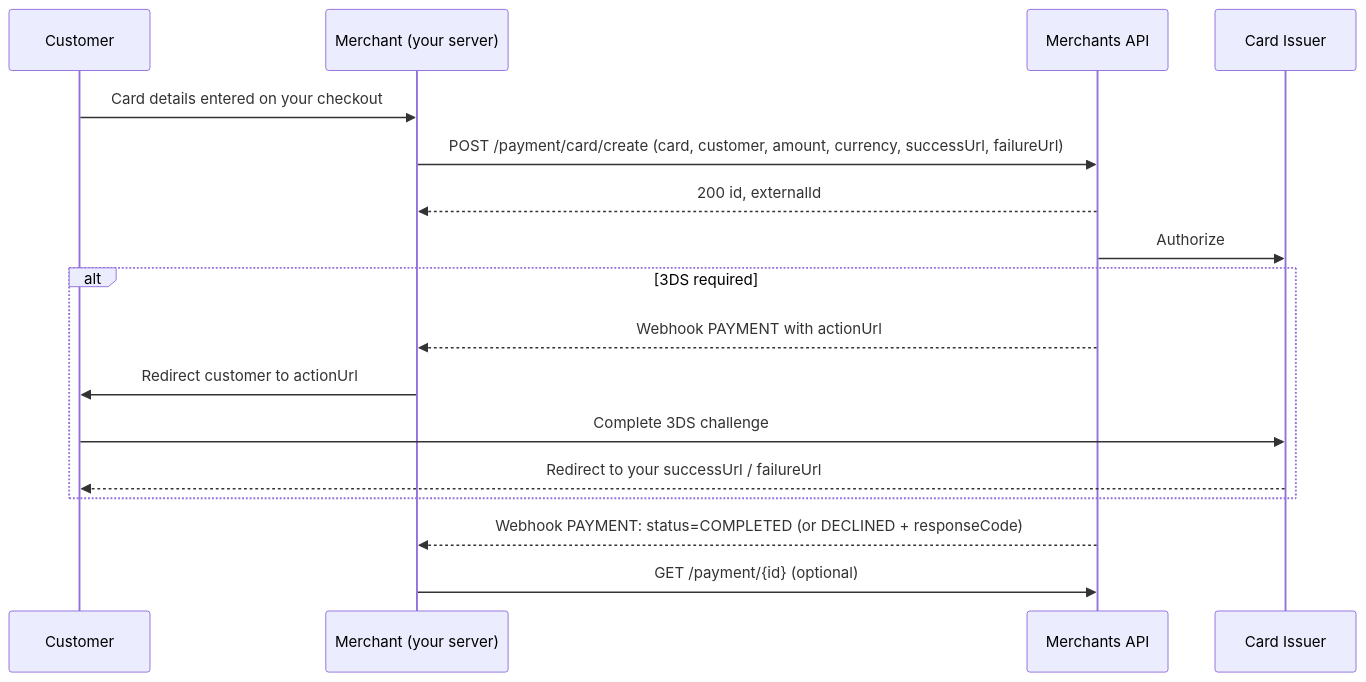
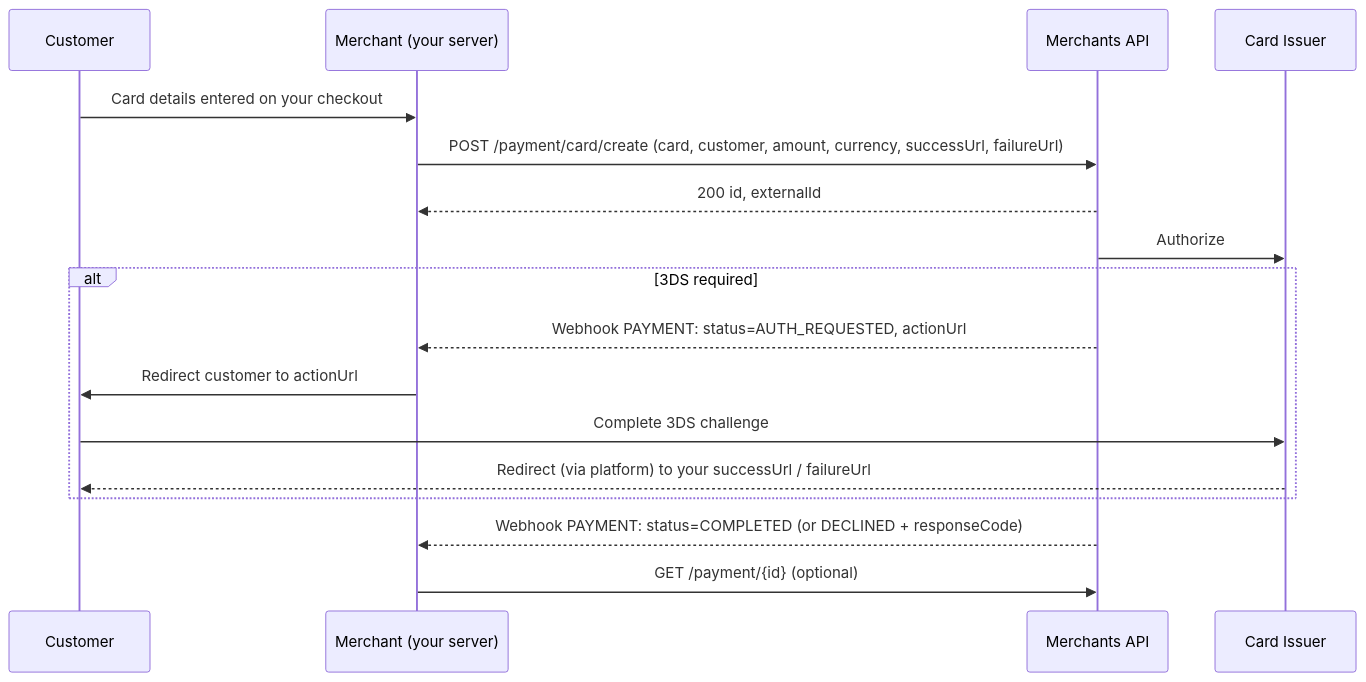
One commit to KumaaGroup/platform-apidocs changed the first of 2 diagrams in docs/server-to-server-card-payments.md. Above: the diagram before and after it, drawn with Mermaid. The commit also changed other lines of this file and 2 other files, not shown here.

First line of the commit message:
PN-747 Document status progression of server-to-server card payments (#25)

````diff
--- a/docs/server-to-server-card-payments.md
+++ b/docs/server-to-server-card-payments.md
@@ -7,20 +7,20 @@
 ```mermaid
 sequenceDiagram
     participant C as Customer
     participant M as Merchant (your server)
     participant API as Merchants API
     participant I as Card Issuer
 
     C->>M: Card details entered on your checkout
     M->>API: POST /payment/card/create (card, customer, amount, currency, successUrl, failureUrl)
     API-->>M: 200 id, externalId
     API->>I: Authorize
     alt 3DS required
-        API-->>M: Webhook PAYMENT with actionUrl
+        API-->>M: Webhook PAYMENT: status=AUTH_REQUESTED, actionUrl
         M->>C: Redirect customer to actionUrl
         C->>I: Complete 3DS challenge
-        I-->>C: Redirect to your successUrl / failureUrl
+        I-->>C: Redirect (via platform) to your successUrl / failureUrl
     end
     API-->>M: Webhook PAYMENT: status=COMPLETED (or DECLINED + responseCode)
     M->>API: GET /payment/{id} (optional)
 ```
````
